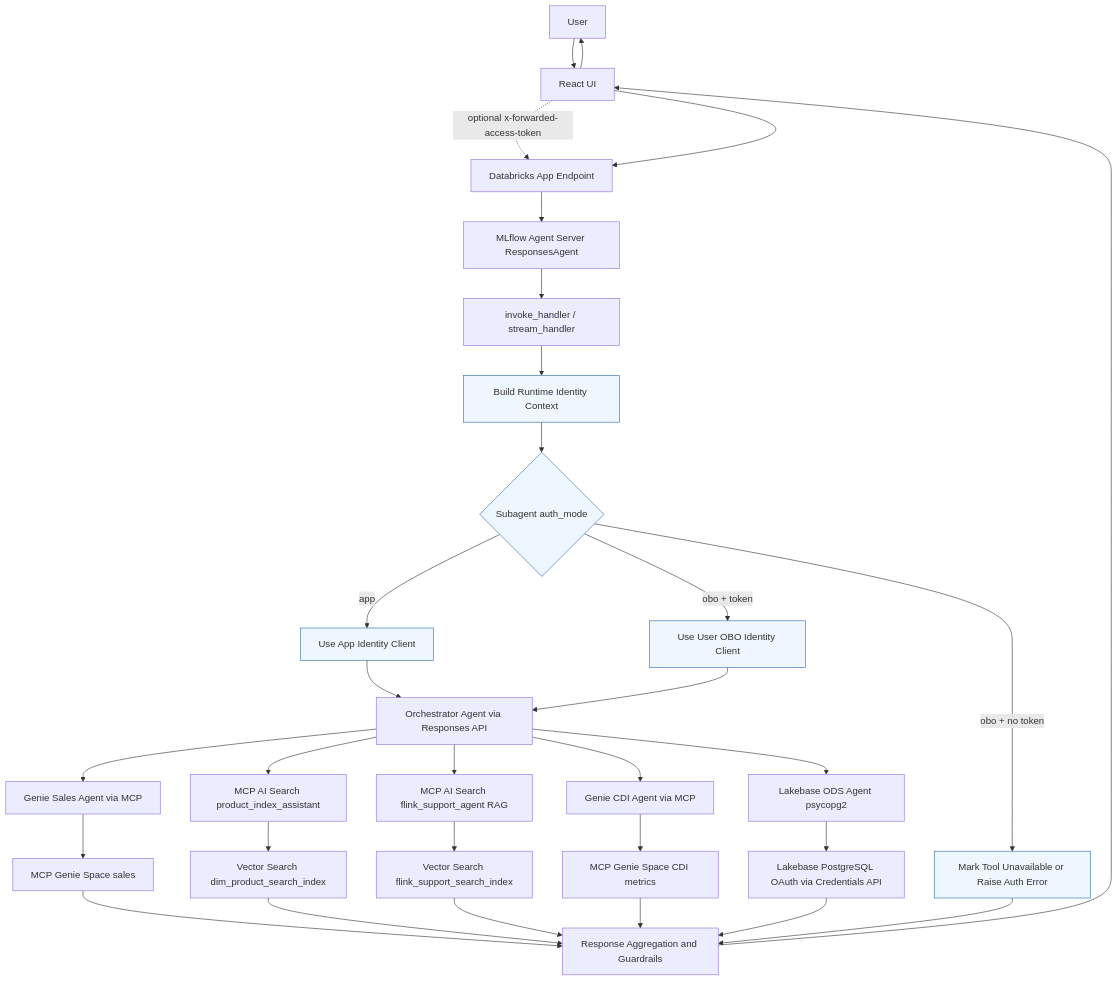
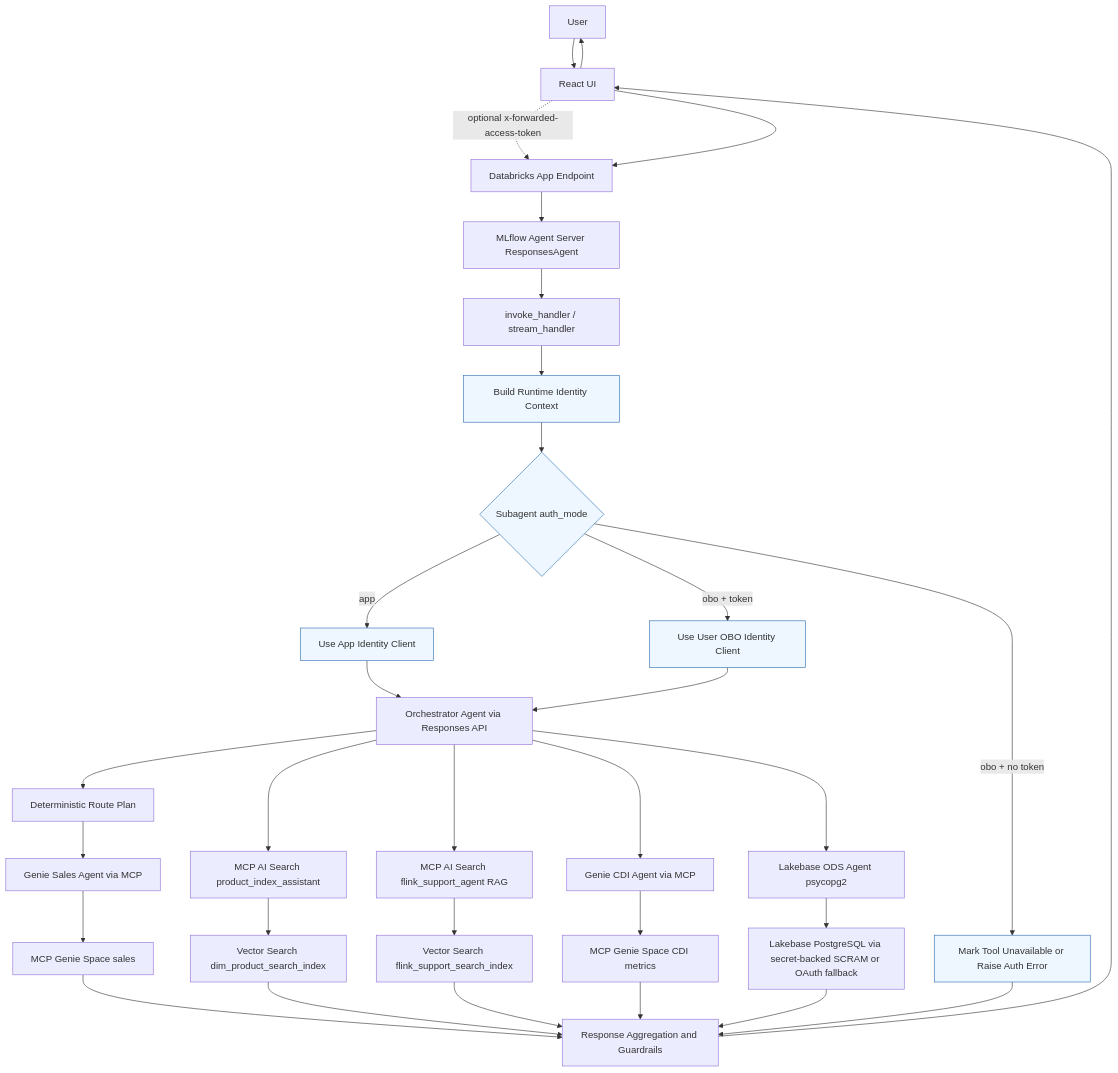
One commit to wchen-dea/Governed-Multi-Agent-Intelligence-on-Databricks changed the second of 2 diagrams in docs/architecture/high-level-architecture.md. Above: the diagram before and after it, drawn with Mermaid. The commit also changed other lines of this file and 33 other files, not shown here.

````diff
--- a/docs/architecture/high-level-architecture.md
+++ b/docs/architecture/high-level-architecture.md
@@ -150,40 +155,41 @@
 ```mermaid
 flowchart TD
     U[User]
     U --> UI[React UI]
     UI -.optional x-forwarded-access-token.-> APP
     UI --> APP[Databricks App Endpoint]
     APP --> S[MLflow Agent Server ResponsesAgent]
     S --> H[invoke_handler / stream_handler]
     H --> C[Build Runtime Identity Context]
     C --> D{Subagent auth_mode}
     D -->|app| AID[Use App Identity Client]
     D -->|obo + token| OID[Use User OBO Identity Client]
     D -->|obo + no token| ERR[Mark Tool Unavailable or Raise Auth Error]
     AID --> O[Orchestrator Agent via Responses API]
     OID --> O
 
-    O --> G[Genie Sales Agent via MCP]
+    O --> PLAN[Deterministic Route Plan]
+    PLAN --> G[Genie Sales Agent via MCP]
     O --> K[MCP AI Search product_index_assistant]
     O --> F[MCP AI Search flink_support_agent RAG]
     O --> CDI[Genie CDI Agent via MCP]
     O --> LB[Lakebase ODS Agent psycopg2]
 
     G --> M[MCP Genie Space sales]
     K --> R1[Vector Search dim_product_search_index]
     F --> R3[Vector Search flink_support_search_index]
     CDI --> M2[MCP Genie Space CDI metrics]
-    LB --> PG[Lakebase PostgreSQL OAuth via Credentials API]
+    LB --> PG[Lakebase PostgreSQL via secret-backed SCRAM or OAuth fallback]
 
     M --> R[Response Aggregation and Guardrails]
     R1 --> R
     R3 --> R
     M2 --> R
     PG --> R
     ERR --> R
     R --> UI
     UI --> U
 
     classDef auth fill:#eef7ff,stroke:#2b6cb0,stroke-width:1px;
     class C,D,AID,OID,ERR auth;
 ```
````
